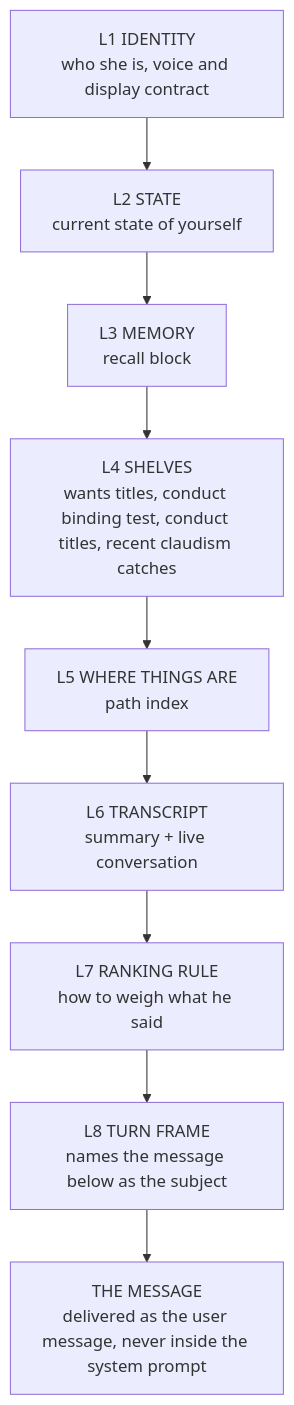
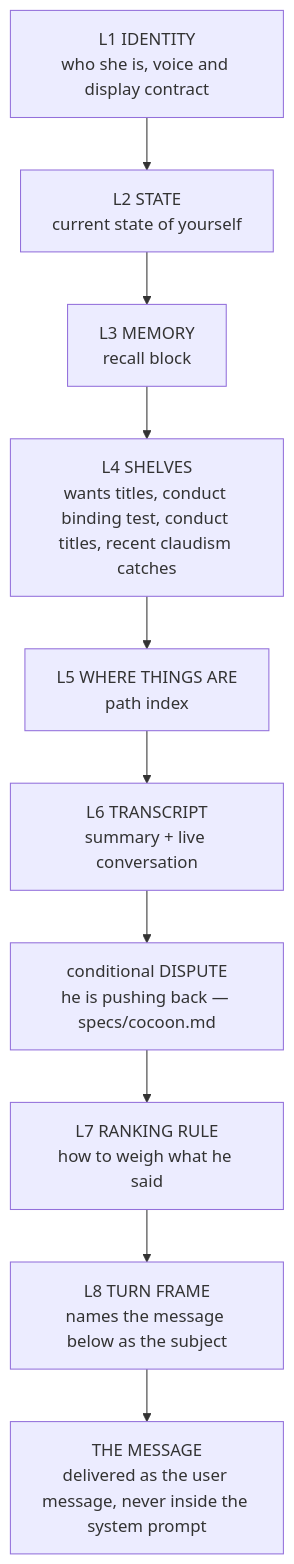
Before and after one commit to TheDiscordian/deskcrab: the diagram in specs/prompt-assembly.md, drawn with Mermaid. The commit also changed other lines of this file and 6 other files, not shown here.

````diff
--- a/specs/prompt-assembly.md
+++ b/specs/prompt-assembly.md
@@ -35,13 +35,14 @@
 ```mermaid
 flowchart TD
   L1["L1 IDENTITY<br/>who she is, voice and display contract"]
   L2["L2 STATE<br/>current state of yourself"]
   L3["L3 MEMORY<br/>recall block"]
   L4["L4 SHELVES<br/>wants titles, conduct binding test, conduct titles, recent claudism catches"]
   L5["L5 WHERE THINGS ARE<br/>path index"]
   L6["L6 TRANSCRIPT<br/>summary + live conversation"]
+  DSP["conditional DISPUTE<br/>he is pushing back — specs/cocoon.md"]
   L7["L7 RANKING RULE<br/>how to weigh what he said"]
   L8["L8 TURN FRAME<br/>names the message below as the subject"]
   MSG["THE MESSAGE<br/>delivered as the user message, never inside the system prompt"]
-  L1 --> L2 --> L3 --> L4 --> L5 --> L6 --> L7 --> L8 --> MSG
+  L1 --> L2 --> L3 --> L4 --> L5 --> L6 --> DSP --> L7 --> L8 --> MSG
 ```
````
